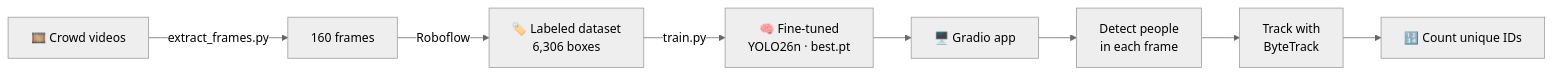
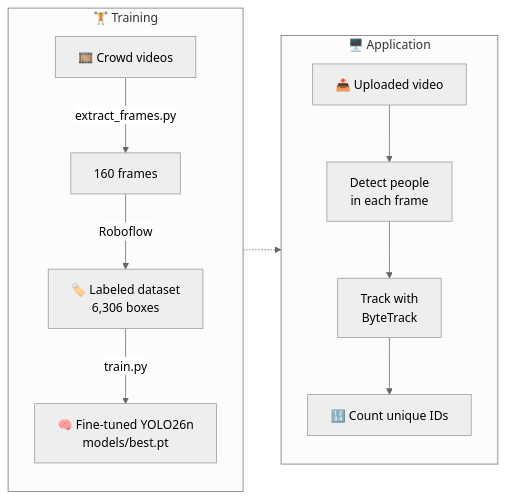
Before and after one commit to betulaltunyuva/yolov8-person-counting: the diagram in README.md, drawn with Mermaid (neutral theme). The commit also changed other lines of this file, not shown here.

Commit message:
Make README pipeline diagram and stat row easier to read

````diff
--- a/README.md
+++ b/README.md
@@ -82,10 +82,16 @@
 ```mermaid
 flowchart LR
-    A[🎞️ Crowd videos] -->|extract_frames.py| B[160 frames]
-    B -->|Roboflow| C[🏷️ Labeled dataset<br/>6,306 boxes]
-    C -->|train.py| D[🧠 Fine-tuned<br/>YOLO26n · best.pt]
-    D --> E[🖥️ Gradio app]
-    E --> F[Detect people<br/>in each frame]
-    F --> G[Track with<br/>ByteTrack]
-    G --> H[🔢 Count unique IDs]
+    subgraph T [" 🏋️ Training "]
+        direction TB
+        A[🎞️ Crowd videos] -->|extract_frames.py| B[160 frames]
+        B -->|Roboflow| C[🏷️ Labeled dataset<br/>6,306 boxes]
+        C -->|train.py| D[🧠 Fine-tuned YOLO26n<br/>models/best.pt]
+    end
+    subgraph P [" 🖥️ Application "]
+        direction TB
+        E[📤 Uploaded video] --> F[Detect people<br/>in each frame]
+        F --> G[Track with<br/>ByteTrack]
+        G --> H[🔢 Count unique IDs]
+    end
+    D -.-> F
 ```
````
